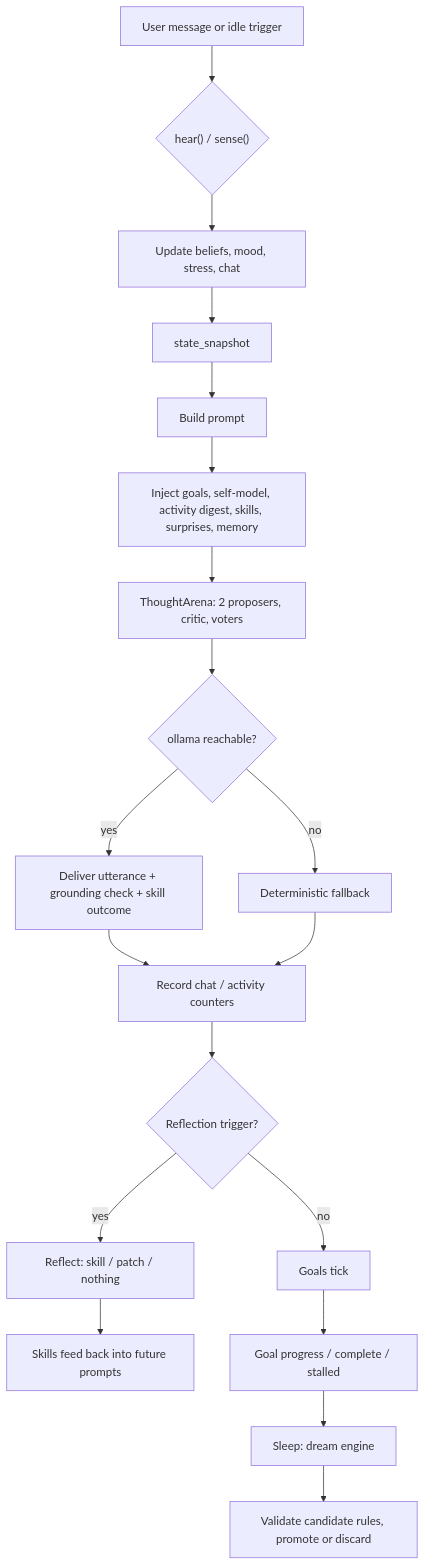
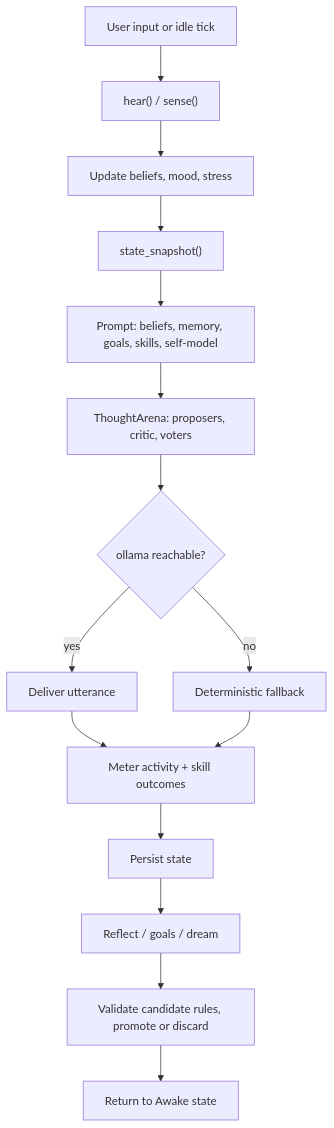
Before and after one commit to awdemos/replicanta: the diagram in readme.md, drawn with Mermaid. The commit also changed other lines of this file, not shown here.

Commit message:
docs: tighten README, move safety note to top, add pipeline diagram

````diff
--- a/readme.md
+++ b/readme.md
@@ -9,21 +26,17 @@
 ```mermaid
 flowchart TD
-    A["User message or idle trigger"] --> B{"hear() / sense()"}
-    B --> C["Update beliefs, mood, stress, chat"]
-    C --> D["state_snapshot"]
-    D --> E["Build prompt"]
-    E --> F["Inject goals, self-model, activity digest, skills, surprises, memory"]
-    F --> G["ThoughtArena: 2 proposers, critic, voters"]
-    G --> H{"ollama reachable?"}
-    H -->|yes| I["Deliver utterance + grounding check + skill outcome"]
-    H -->|no| J["Deterministic fallback"]
-    I --> K["Record chat / activity counters"]
-    J --> K
-    K --> L{"Reflection trigger?"}
-    L -->|yes| M["Reflect: skill / patch / nothing"]
-    M --> N["Skills feed back into future prompts"]
-    L -->|no| O["Goals tick"]
-    O --> P["Goal progress / complete / stalled"]
-    P --> Q["Sleep: dream engine"]
-    Q --> R["Validate candidate rules, promote or discard"]
+    A["User input or idle tick"] --> B["hear() / sense()"]
+    B --> C["Update beliefs, mood, stress"]
+    C --> D["state_snapshot()"]
+    D --> E["Prompt: beliefs, memory, goals, skills, self-model"]
+    E --> F["ThoughtArena: proposers, critic, voters"]
+    F --> G{"ollama reachable?"}
+    G -->|yes| H["Deliver utterance"]
+    G -->|no| I["Deterministic fallback"]
+    H --> J["Meter activity + skill outcomes"]
+    I --> J
+    J --> K["Persist state"]
+    K --> L["Reflect / goals / dream"]
+    L --> M["Validate candidate rules, promote or discard"]
+    M --> N["Return to Awake state"]
 ```
````
